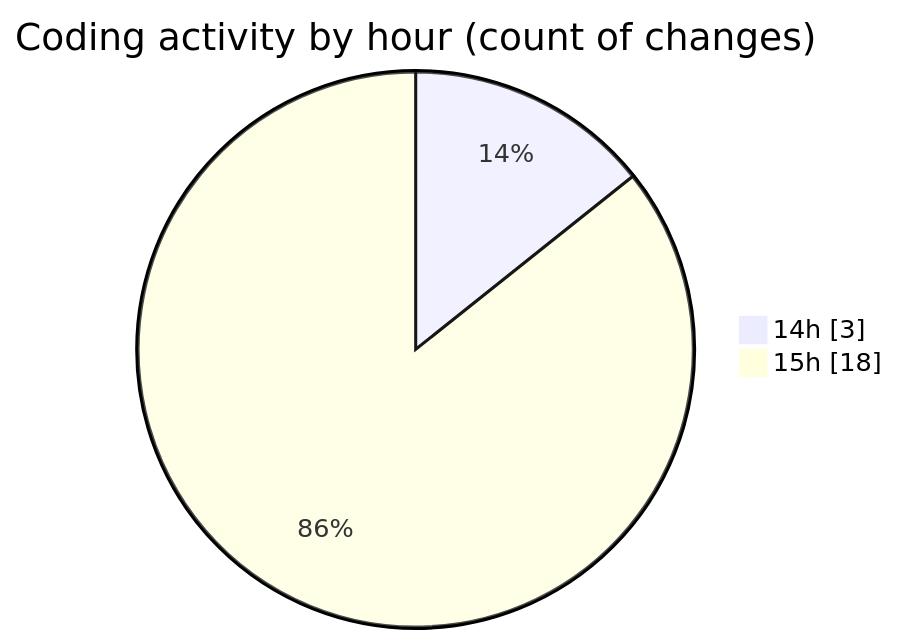
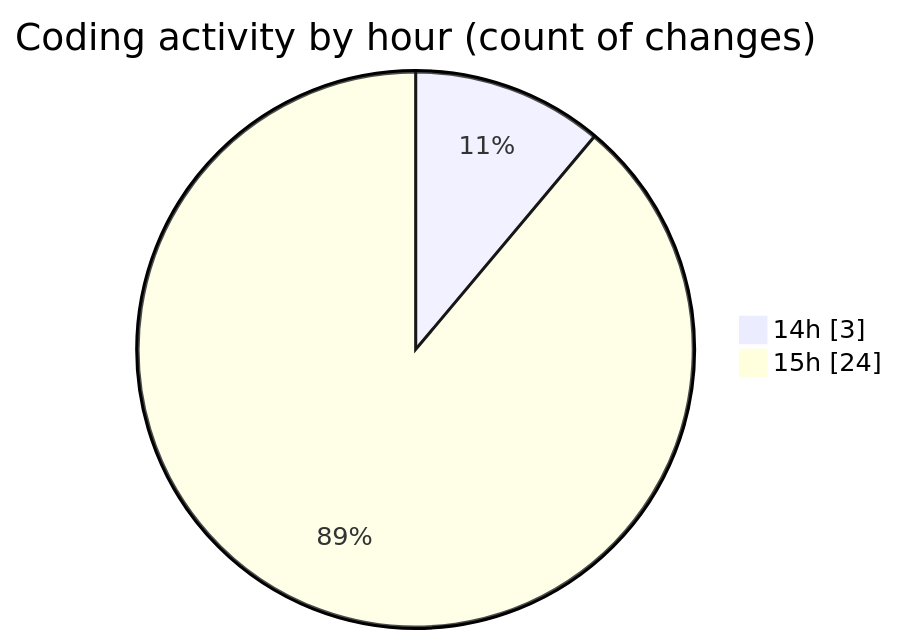
Before and after one commit to idhammustaqopulfikri/code-tracking: the second of 2 diagrams in 2025-05-30/studio-backend/README.md, drawn with Mermaid. The commit also changed other lines of this file and 1 other file, not shown here.

````diff
--- a/2025-05-30/studio-backend/README.md
+++ b/2025-05-30/studio-backend/README.md
@@ -38,6 +38,6 @@
 ```mermaid
 pie showData
 title Coding activity by hour (count of changes)
 "14h" : 3
-"15h" : 18
+"15h" : 24
 ```
````
